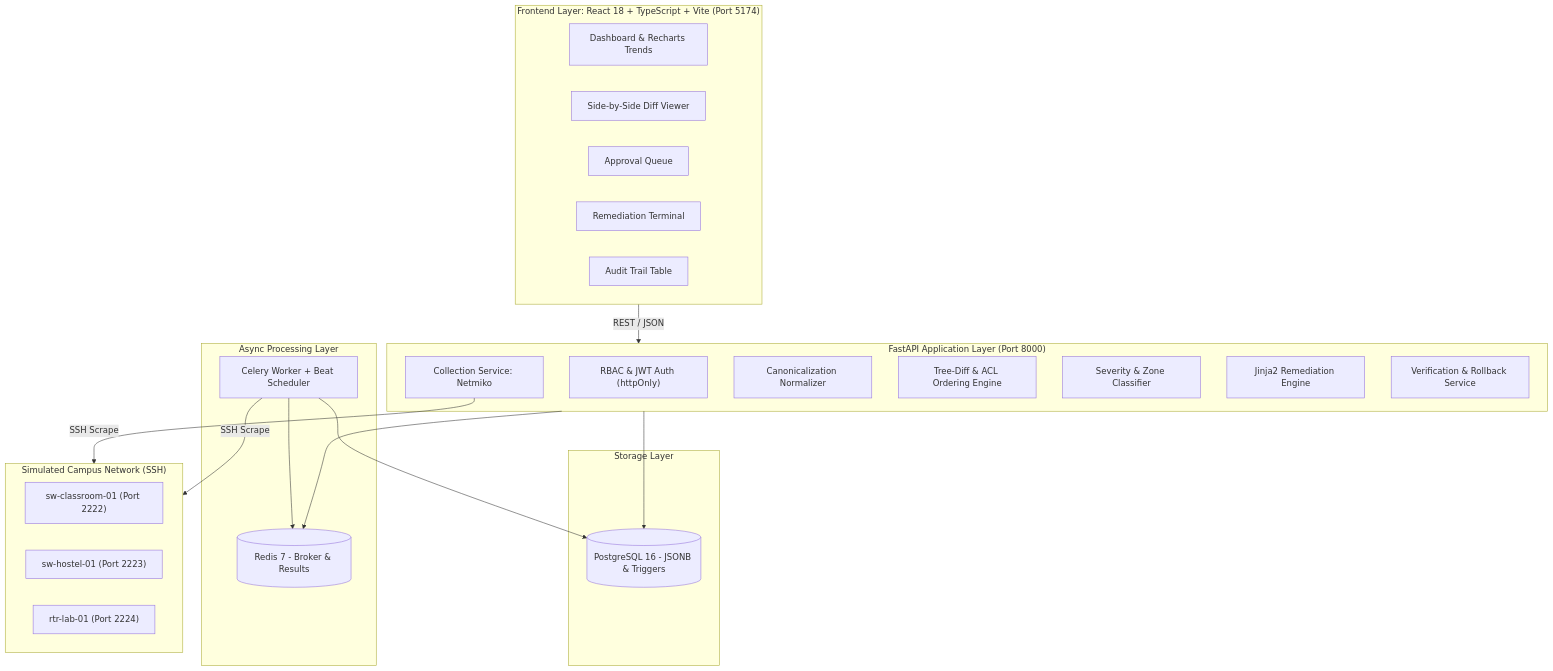
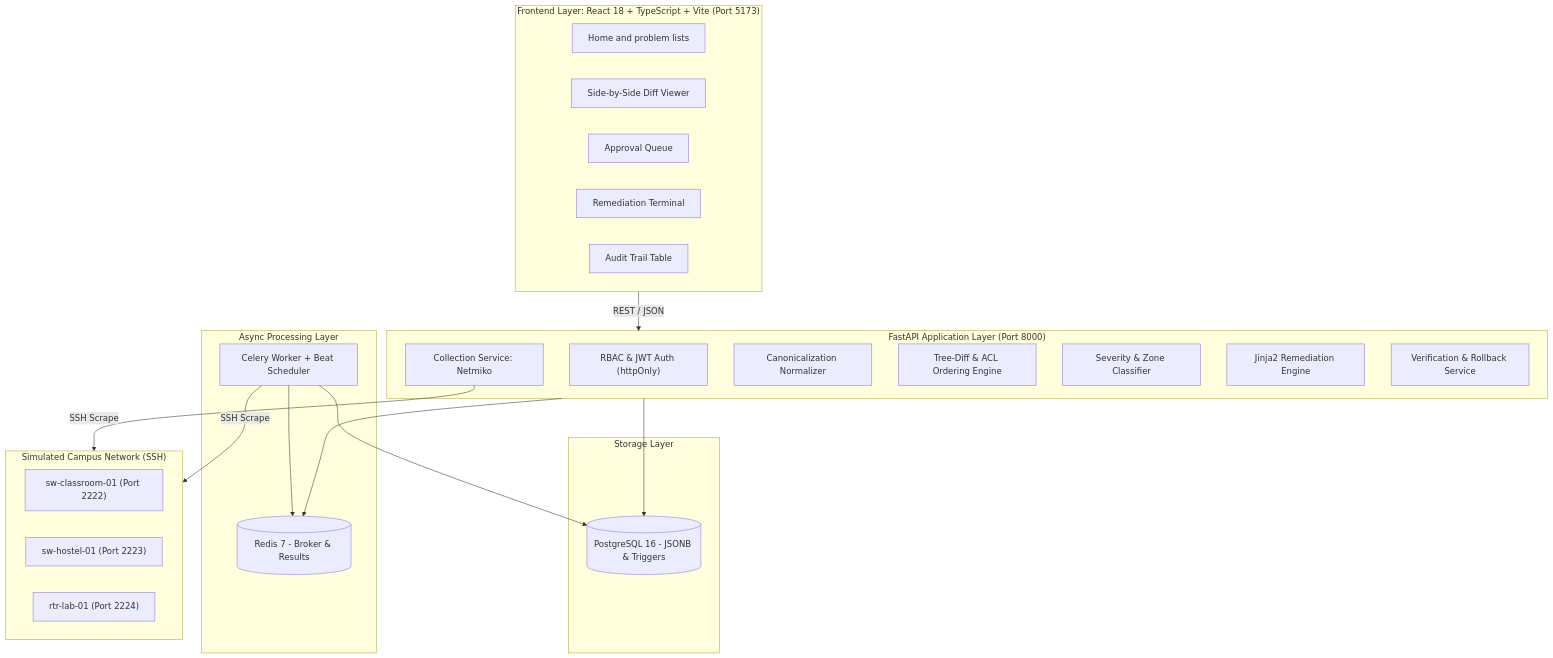
Before and after one commit to NitikasriJeyanAchary0109/campus-drift: the first of 2 diagrams in README.md, drawn with Mermaid. The commit also changed other lines of this file and 296 other files, not shown here.

````diff
--- a/README.md
+++ b/README.md
@@ -110,43 +112,43 @@
 ```mermaid
 flowchart TD
-    subgraph UI["Frontend Layer: React 18 + TypeScript + Vite (Port 5174)"]
-        DASH["Dashboard & Recharts Trends"]
+    subgraph UI["Frontend Layer: React 18 + TypeScript + Vite (Port 5173)"]
+        DASH["Home and problem lists"]
         DIFF_UI["Side-by-Side Diff Viewer"]
         APP_UI["Approval Queue"]
         REM_UI["Remediation Terminal"]
         AUD_UI["Audit Trail Table"]
     end
 
     subgraph API["FastAPI Application Layer (Port 8000)"]
         AUTH["RBAC & JWT Auth (httpOnly)"]
         COLL_SVC["Collection Service: Netmiko"]
         NORM_SVC["Canonicalization Normalizer"]
         DRIFT_ENG["Tree-Diff & ACL Ordering Engine"]
         RISK_ENG["Severity & Zone Classifier"]
         REM_ENG["Jinja2 Remediation Engine"]
         VER_SVC["Verification & Rollback Service"]
     end
 
     subgraph ASYNC["Async Processing Layer"]
         CELERY["Celery Worker + Beat Scheduler"]
         REDIS[("Redis 7 - Broker & Results")]
     end
 
     subgraph DB["Storage Layer"]
         POSTGRES[("PostgreSQL 16 - JSONB & Triggers")]
     end
 
     subgraph EMULATORS["Simulated Campus Network (SSH)"]
         DEV1["sw-classroom-01 (Port 2222)"]
         DEV2["sw-hostel-01 (Port 2223)"]
         DEV3["rtr-lab-01 (Port 2224)"]
     end
 
     UI -->|REST / JSON| API
     API --> POSTGRES
     API --> REDIS
     CELERY --> REDIS
     CELERY --> POSTGRES
     CELERY -->|SSH Scrape| EMULATORS
     COLL_SVC -->|SSH Scrape| EMULATORS
 ```
````
